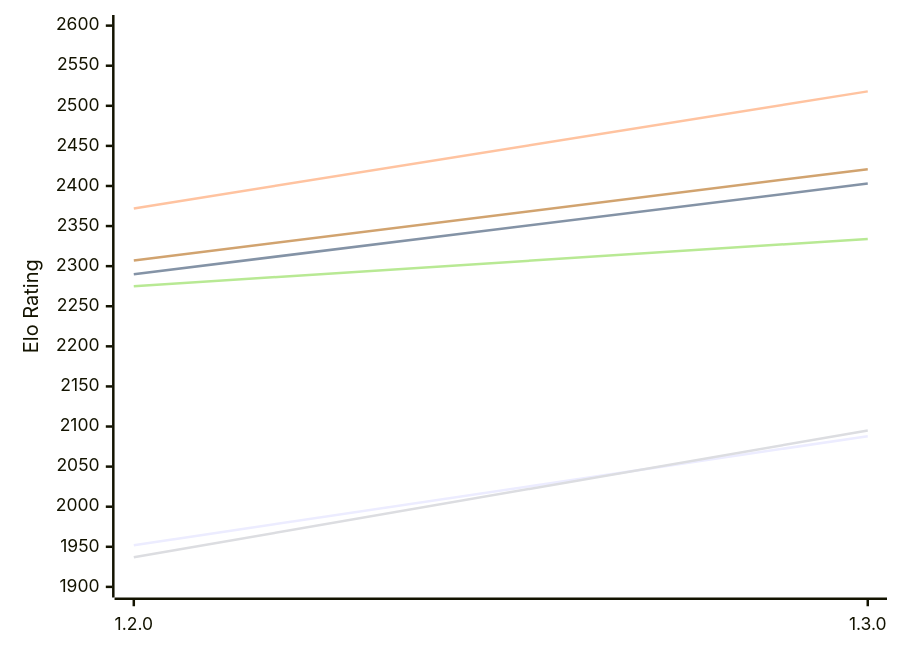
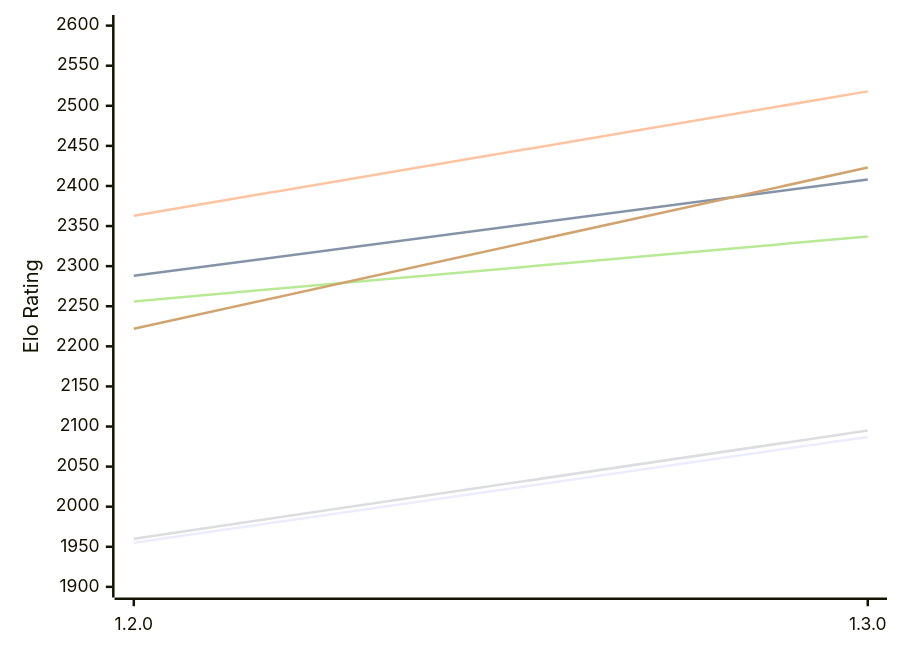
Before and after one commit to computer-chess-index/cci: the first of 2 diagrams in engines/Anodos.md, drawn with Mermaid. The commit also changed other lines of this file, not shown here.

Commit message:
Update CCI Ratings (ELO VLTC) - 2026-11-17

````diff
--- a/engines/Anodos.md
+++ b/engines/Anodos.md
@@ -52,12 +52,12 @@
 ```mermaid
 %%{init: {"theme":"base","themeVariables":{"seriesColors:['#a3a3a3','#222221','#faa371']}}}%%
 xychart-beta
   x-axis ["1.2.0", "1.3.0"]
   y-axis "Elo Rating" 1900 --> 2600
-  line "E1: STC (8.0+0.08s)" [1952, 2088]
-  line "E1: LTC (60.0+0.60s)" [2290, 2403]
-  line "E1: VLTC (2m24s+1.12s)" [2372, 2518]
-  line "P1: STC (8.0+0.08s)" [1937, 2095]
-  line "P1: LTC (60.0+0.60s)" [2275, 2334]
-  line "P1: VLTC (2m24s+1.12s)" [2307, 2421]
+  line "E1: STC (8.0+0.08s)" [1955, 2087]
+  line "E1: LTC (60.0+0.60s)" [2288, 2408]
+  line "E1: VLTC (2m24s+1.12s)" [2363, 2518]
+  line "P1: STC (8.0+0.08s)" [1960, 2095]
+  line "P1: LTC (60.0+0.60s)" [2256, 2337]
+  line "P1: VLTC (2m24s+1.12s)" [2222, 2423]
 ```
````
